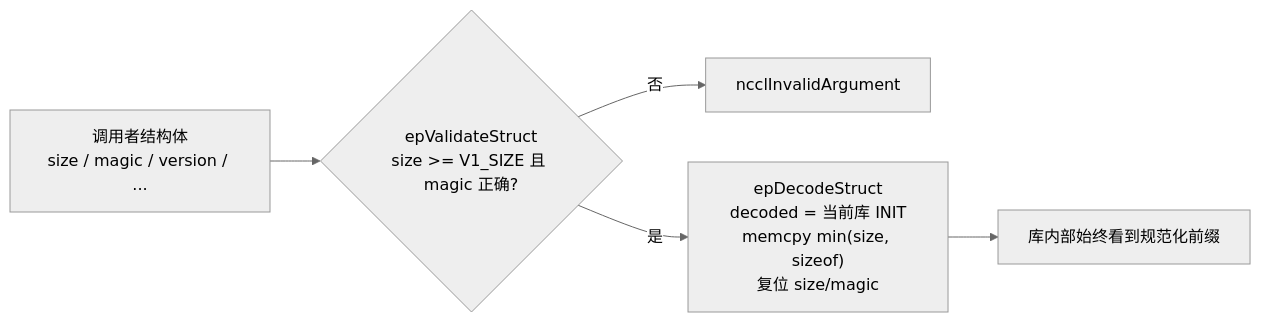
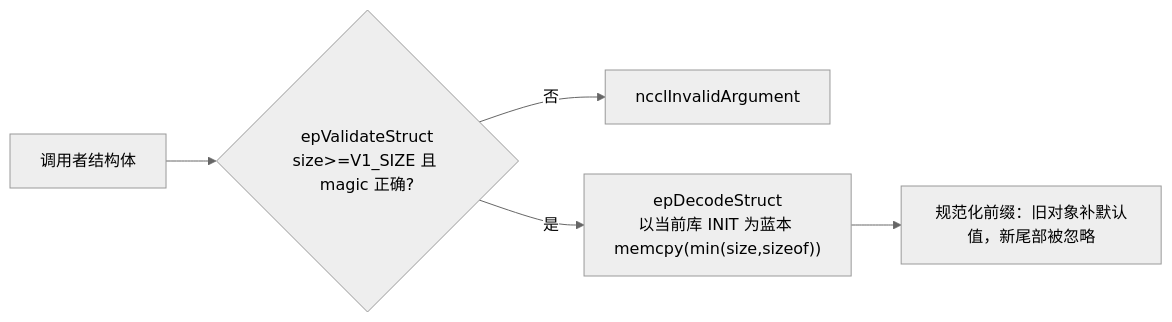
Before and after one commit to s0okiym/nccl-extensions: the second of 9 diagrams in nccl_ep/docs/design_overview.md, drawn with Mermaid (neutral theme). The commit also changed other lines of this file, not shown here.

````diff
--- a/nccl_ep/docs/design_overview.md
+++ b/nccl_ep/docs/design_overview.md
@@ -167,7 +140,7 @@
 ```mermaid
 flowchart LR
-  A["调用者结构体<br/>size / magic / version / ..."] --> B{"epValidateStruct<br/>size >= V1_SIZE 且 magic 正确?"}
+  A["调用者结构体"] --> B{"epValidateStruct<br/>size>=V1_SIZE 且 magic 正确?"}
   B -->|否| C["ncclInvalidArgument"]
-  B -->|是| D["epDecodeStruct<br/>decoded = 当前库 INIT<br/>memcpy min(size, sizeof)<br/>复位 size/magic"]
-  D --> E["库内部始终看到规范化前缀"]
+  B -->|是| D["epDecodeStruct<br/>以当前库 INIT 为蓝本 memcpy(min(size,sizeof))"]
+  D --> E["规范化前缀：旧对象补默认值，新尾部被忽略"]
 ```
````
